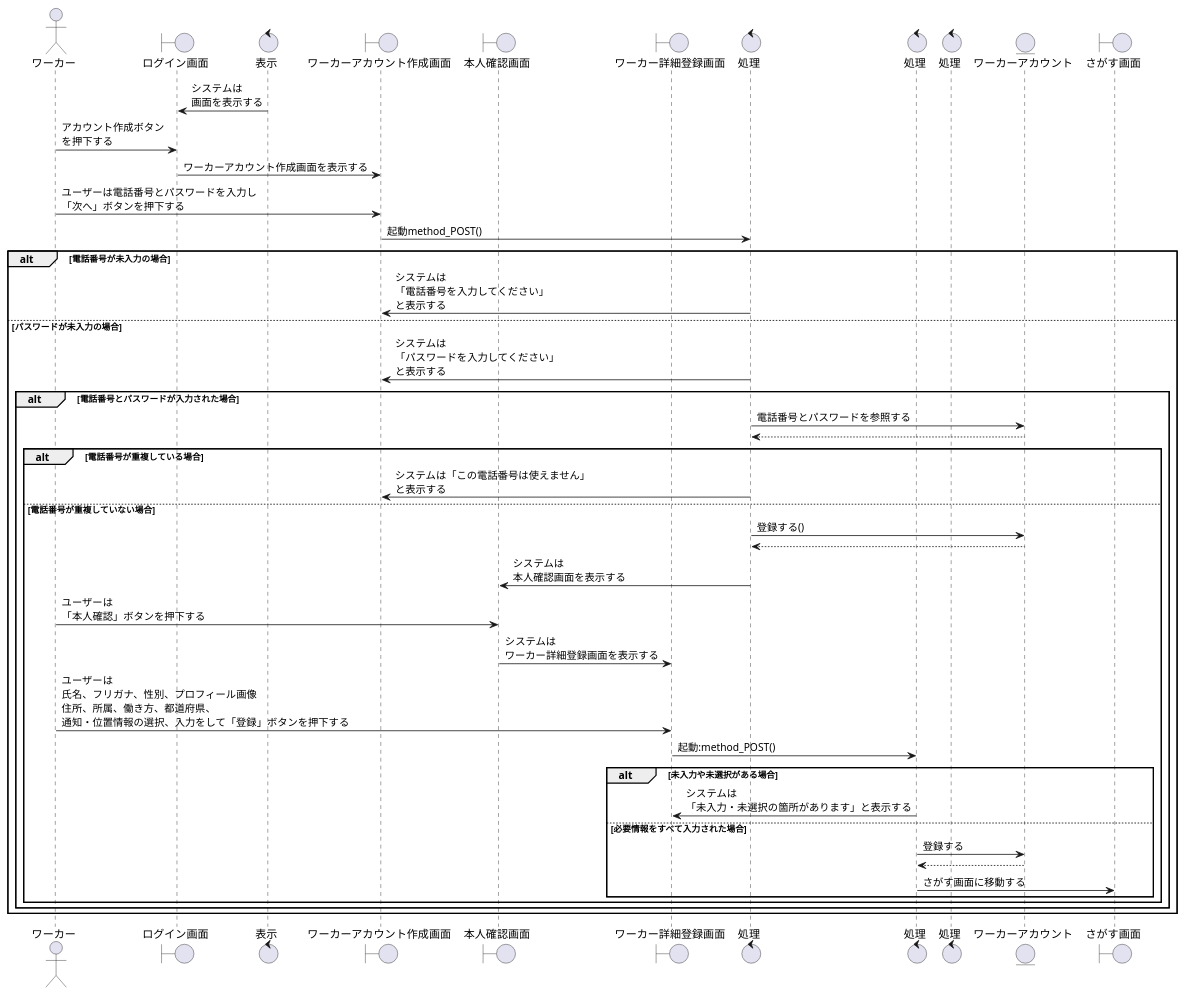
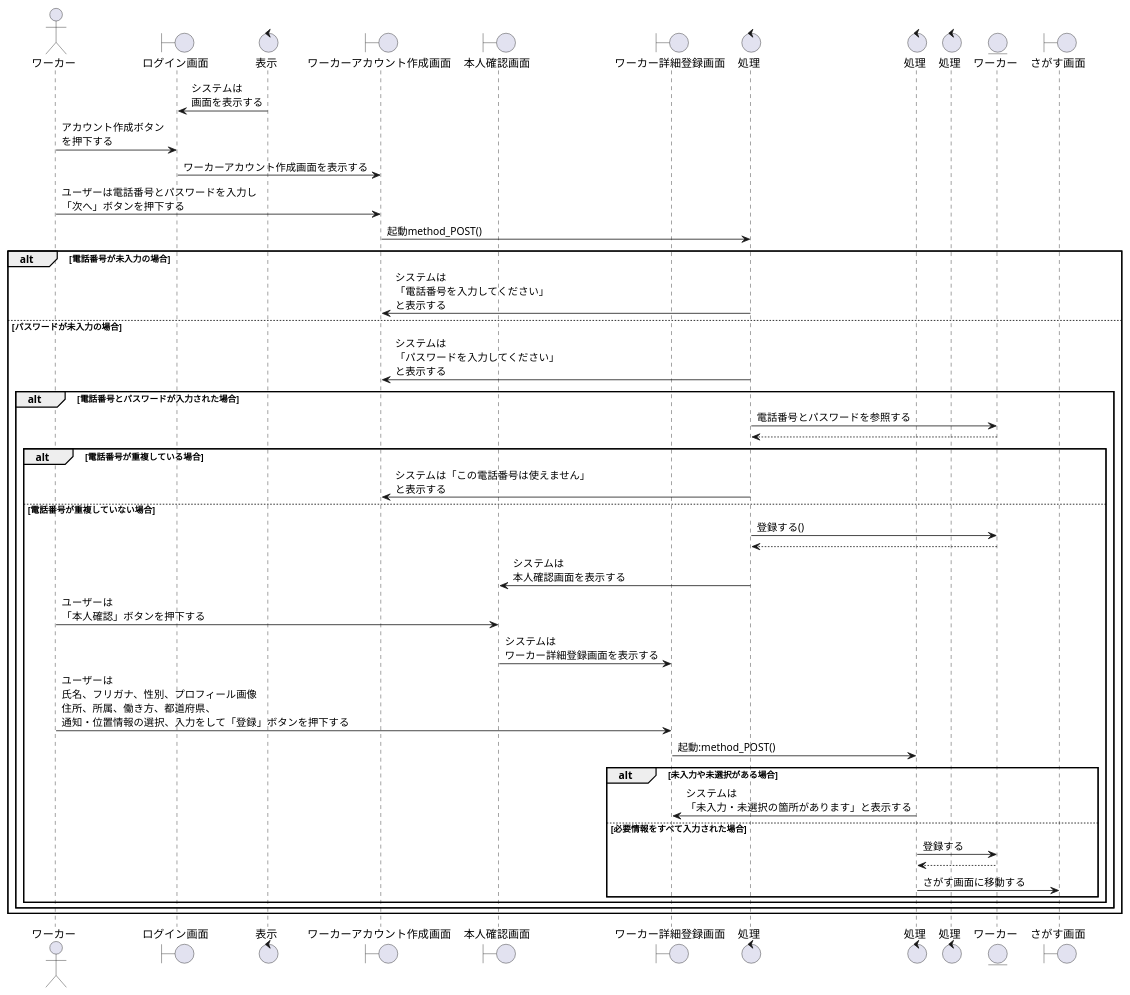
One commit to irukacb256/high_Me changed the diagram in sequence_fig/1_login_fn/1_ワーカーのアカウントを作成する.pu. Above: the diagram before and after it, drawn with PlantUML. The commit also changed 39 other files, not shown here.

```diff
--- a/sequence_fig/1_login_fn/1_ワーカーのアカウントを作成する.pu
+++ b/sequence_fig/1_login_fn/1_ワーカーのアカウントを作成する.pu
@@ -1,63 +1,63 @@
 @startuml ワーカーのアカウントを作成する
 
 ' 1
 actor ワーカー as wo1
 
 boundary ログイン画面 as log1
 control 表示 as co1
 
 boundary ワーカーアカウント作成画面 as wav1
 boundary 本人確認画面 as ivv1
 boundary ワーカー詳細登録画面 as wdv1
 control 処理 as co2
 control 処理 as co3
 control 処理 as co4
 
-entity ワーカーアカウント as ac1
+entity ワーカー as ac1
 boundary さがす画面 as sc1
 
 ' 2
 co1 -> log1 : システムは\n画面を表示する
 wo1 -> log1 : アカウント作成ボタン\nを押下する
 log1 -> wav1 : ワーカーアカウント作成画面を表示する
 wo1 -> wav1 : ユーザーは電話番号とパスワードを入力し\n「次へ」ボタンを押下する
 wav1 -> co2 : 起動method_POST()
 
 alt 電話番号が未入力の場合
     co2 -> wav1 : システムは\n「電話番号を入力してください」\nと表示する
 
 else パスワードが未入力の場合
     co2 -> wav1 : システムは\n「パスワードを入力してください」\nと表示する
 
     alt 電話番号とパスワードが入力された場合
         co2 -> ac1 : 電話番号とパスワードを参照する
         co2 <-- ac1
 
         alt 電話番号が重複している場合
             co2 -> wav1 : システムは「この電話番号は使えません」\nと表示する
 
         else 電話番号が重複していない場合
             co2 -> ac1 : 登録する()
             co2 <-- ac1
             co2 -> ivv1 : システムは\n本人確認画面を表示する
             wo1 -> ivv1 : ユーザーは\n「本人確認」ボタンを押下する
             ivv1 -> wdv1 : システムは\nワーカー詳細登録画面を表示する
             wo1 -> wdv1 : ユーザーは\n氏名、フリガナ、性別、プロフィール画像\n住所、所属、働き方、都道府県、\n通知・位置情報の選択、入力をして「登録」ボタンを押下する
             wdv1 -> co3 : 起動:method_POST()
             
 '3
             alt 未入力や未選択がある場合
                 co3 -> wdv1 : システムは\n「未入力・未選択の箇所があります」と表示する
 
     
             else 必要情報をすべて入力された場合
                 co3 -> ac1 : 登録する
                 co3 <-- ac1
                 co3 -> sc1 : さがす画面に移動する
             end
         end
     end
 
 end
 
 @enduml
```
